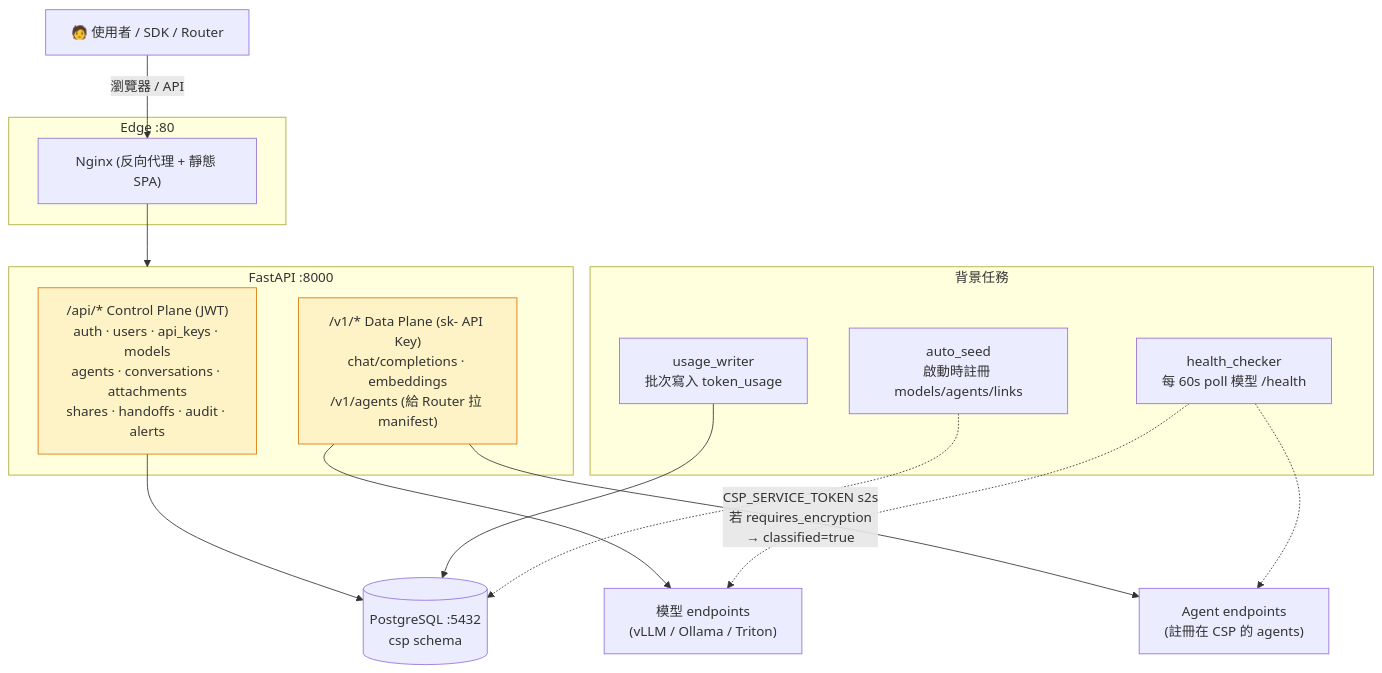
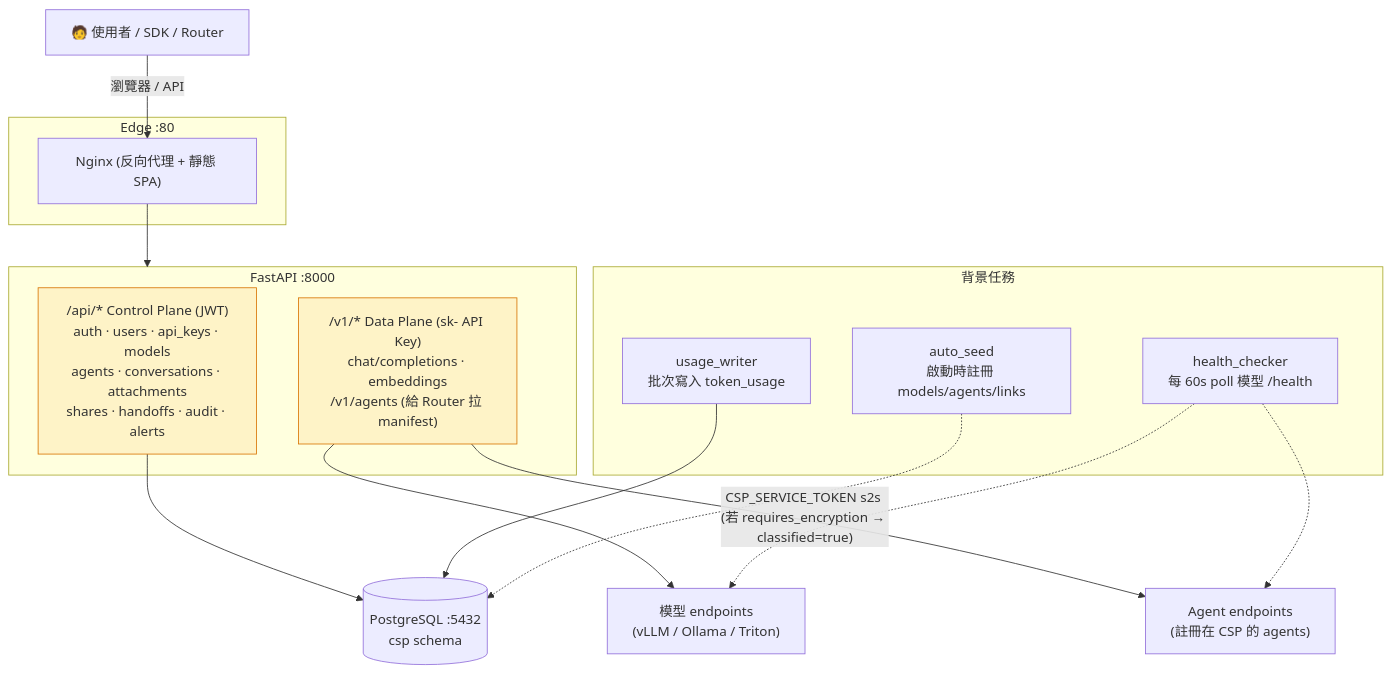
The diagram in myCSPPlatform/README.md (zzw09773/ANILA), drawn with Mermaid before and after one commit. The commit also changed 2 other files, not shown here.

First paragraph of the commit message:
fix(docs): correct mermaid syntax in 3 READMEs
GitHub's Mermaid renderer rejected three diagrams shipped in d94bff8.
Fix root causes and simplify.

````diff
--- a/myCSPPlatform/README.md
+++ b/myCSPPlatform/README.md
@@ -57,36 +57,36 @@
 ```mermaid
 flowchart TB
     user["🧑 使用者 / SDK / Router"]
 
     subgraph edge["Edge :80"]
         nginx["Nginx (反向代理 + 靜態 SPA)"]
     end
 
     subgraph app["FastAPI :8000"]
         control["/api/* Control Plane (JWT)<br/>auth · users · api_keys · models<br/>agents · conversations · attachments<br/>shares · handoffs · audit · alerts"]
         data["/v1/* Data Plane (sk- API Key)<br/>chat/completions · embeddings<br/>/v1/agents (給 Router 拉 manifest)"]
     end
 
     subgraph bg["背景任務"]
         health["health_checker<br/>每 60s poll 模型 /health"]
         usage["usage_writer<br/>批次寫入 token_usage"]
         seed["auto_seed<br/>啟動時註冊 models/agents/links"]
     end
 
     db[("PostgreSQL :5432<br/>csp schema")]
     models["模型 endpoints<br/>(vLLM / Ollama / Triton)"]
     agents["Agent endpoints<br/>(註冊在 CSP 的 agents)"]
 
     user -->|瀏覽器 / API| nginx
     nginx --> app
     control --> db
     data --> models
-    data -->|CSP_SERVICE_TOKEN s2s<br/>若 requires_encryption<br/>→ classified=true| agents
+    data -->|"CSP_SERVICE_TOKEN s2s (若 requires_encryption → classified=true)"| agents
     health -.-> models
     health -.-> agents
     usage --> db
     seed -.-> db
 
     classDef plane fill:#fef3c7,stroke:#d97706
     class control,data plane
 ```
````
